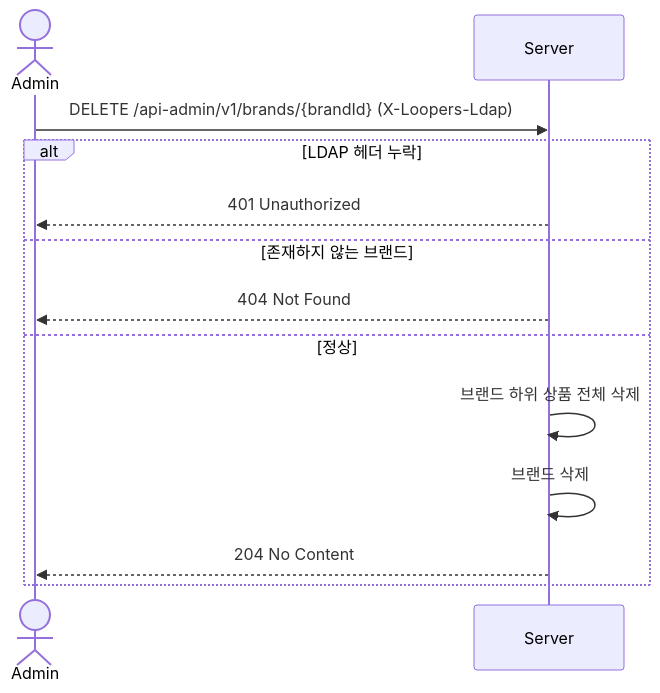
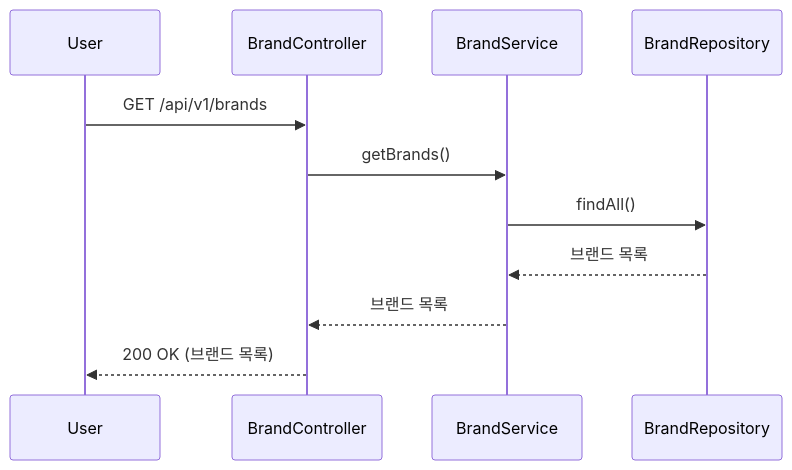
One commit to loopers-labs/loop-pack-be-l2-vol4-java changed the third of 34 diagrams in .docs/design/sequence-diagrams.md. Above: the diagram before and after it, drawn with Mermaid. The commit also changed other lines of this file and 1 other file, not shown here.

Commit message:
fix: 관리자 모듈 지우고 각 브랜드&상품-어드민, 주문-어드민으로 분리 브랜드&상품 누락 유스케이스 추가 어드민 권한 확인 로직 main flow 에 추가

````diff
--- a/.docs/design/sequence-diagrams.md
+++ b/.docs/design/sequence-diagrams.md
@@ -60,16 +65,14 @@
 ```mermaid
 sequenceDiagram
-    actor Admin
-    participant Server
+    participant User
+    participant BrandController
+    participant BrandService
+    participant BrandRepository
 
-    Admin->>Server: DELETE /api-admin/v1/brands/{brandId} (X-Loopers-Ldap)
-    alt LDAP 헤더 누락
-        Server-->>Admin: 401 Unauthorized
-    else 존재하지 않는 브랜드
-        Server-->>Admin: 404 Not Found
-    else 정상
-        Server->>Server: 브랜드 하위 상품 전체 삭제
-        Server->>Server: 브랜드 삭제
-        Server-->>Admin: 204 No Content
-    end
+    User->>BrandController: GET /api/v1/brands
+    BrandController->>BrandService: getBrands()
+    BrandService->>BrandRepository: findAll()
+    BrandRepository-->>BrandService: 브랜드 목록
+    BrandService-->>BrandController: 브랜드 목록
+    BrandController-->>User: 200 OK (브랜드 목록)
 ```
````
